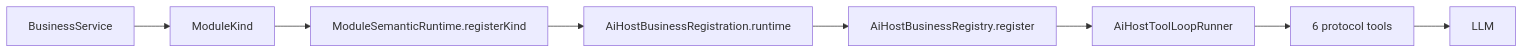
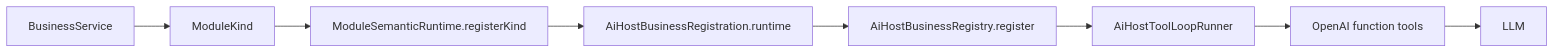
One commit to LMSpark/spark-view-vue changed the first of 2 diagrams in packages/spark-ai/src/module-semantic/MODULE-KIND-REGISTRATION.md. Above: the diagram before and after it, drawn with Mermaid. The commit also changed other lines of this file and 27 other files, not shown here.

First line of the commit message:
refactor(spark-ai): standardize tool protocol terminology and tighten OpenAI function calling

````diff
--- a/packages/spark-ai/src/module-semantic/MODULE-KIND-REGISTRATION.md
+++ b/packages/spark-ai/src/module-semantic/MODULE-KIND-REGISTRATION.md
@@ -7,10 +7,10 @@
 ```mermaid
 flowchart LR
   BusinessService["BusinessService"] --> ModuleKind["ModuleKind"]
   ModuleKind --> RegisterKind["ModuleSemanticRuntime.registerKind"]
   RegisterKind --> BusinessRuntime["AiHostBusinessRegistration.runtime"]
   BusinessRuntime --> BusinessRegistry["AiHostBusinessRegistry.register"]
   BusinessRegistry --> ToolLoop["AiHostToolLoopRunner"]
-  ToolLoop --> ProtocolTools["6 protocol tools"]
+  ToolLoop --> ProtocolTools["OpenAI function tools"]
   ProtocolTools --> LLM["LLM"]
 ```
````
